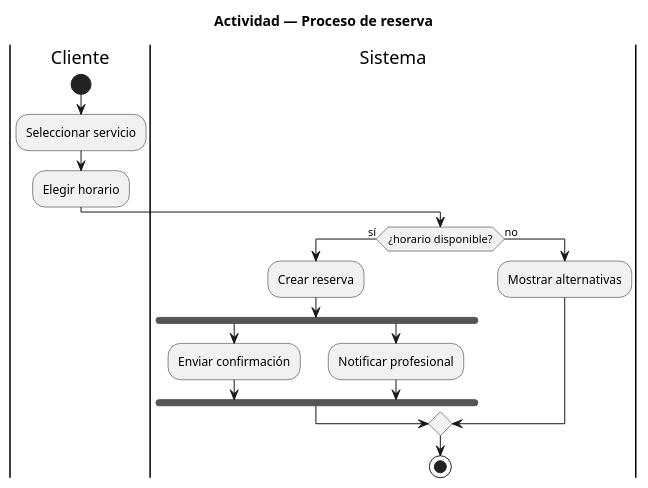
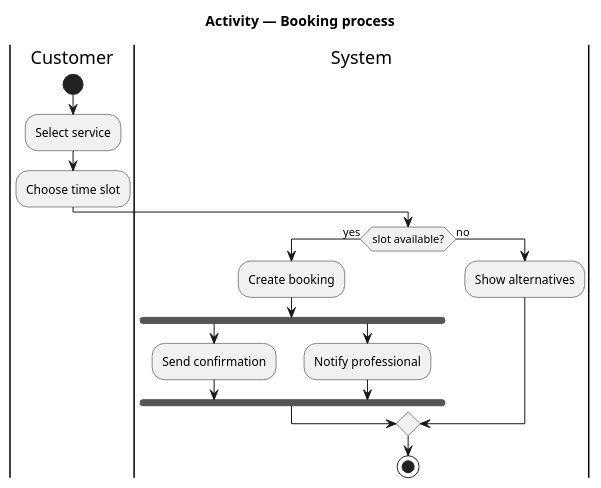
The sixth of 9 diagrams in .claude/rules/plantuml-syntax.md (jose-korvusinc/finalproject-lidr-i4devs), drawn with PlantUML before and after one commit. The commit also changed other lines of this file and 25 other files, not shown here.

Commit message:
Translate names and add analysis class diagram

````diff
--- a/.claude/rules/plantuml-syntax.md
+++ b/.claude/rules/plantuml-syntax.md
@@ -166,21 +166,21 @@
 ```plantuml
 @startuml
-title Actividad — Proceso de reserva
-|Cliente|
+title Activity — Booking process
+|Customer|
 start
-:Seleccionar servicio;
-:Elegir horario;
-|Sistema|
-if (¿horario disponible?) then (sí)
-  :Crear reserva;
+:Select service;
+:Choose time slot;
+|System|
+if (slot available?) then (yes)
+  :Create booking;
   fork
-    :Enviar confirmación;
+    :Send confirmation;
   fork again
-    :Notificar profesional;
+    :Notify professional;
   end fork
 else (no)
-  :Mostrar alternativas;
+  :Show alternatives;
 endif
 stop
 @enduml
 ```
````
